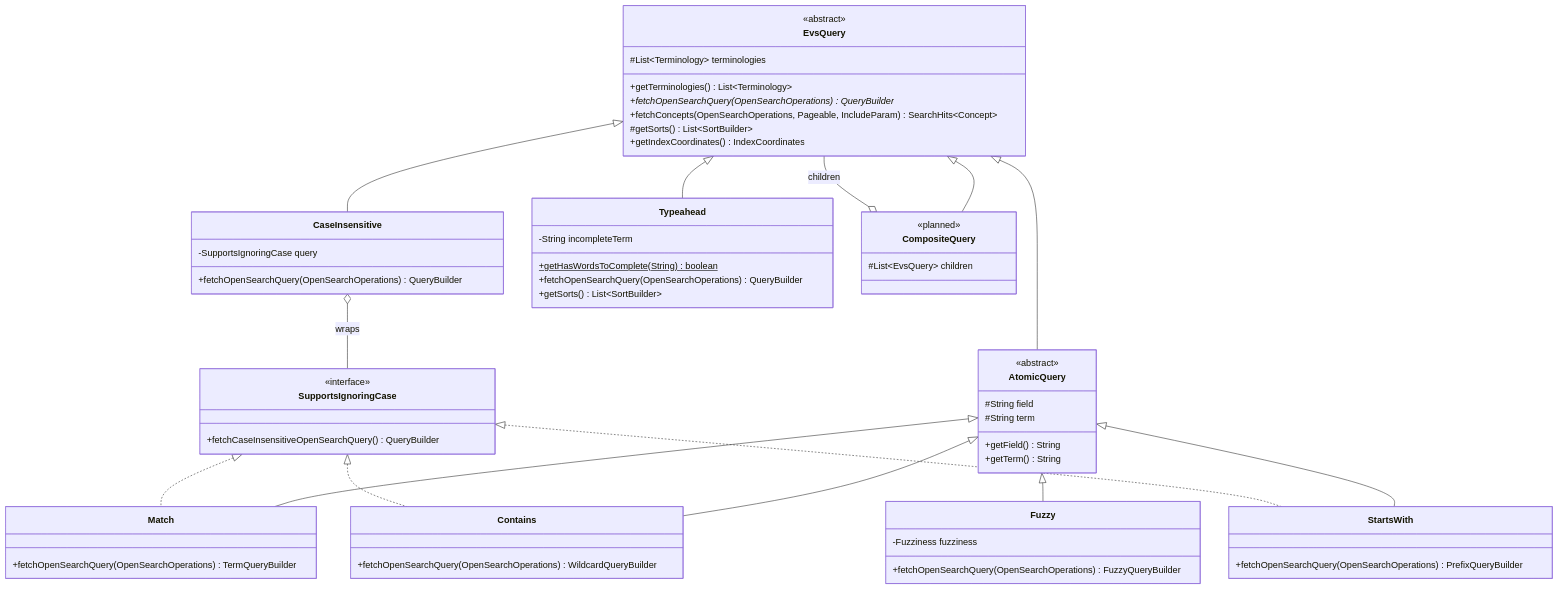
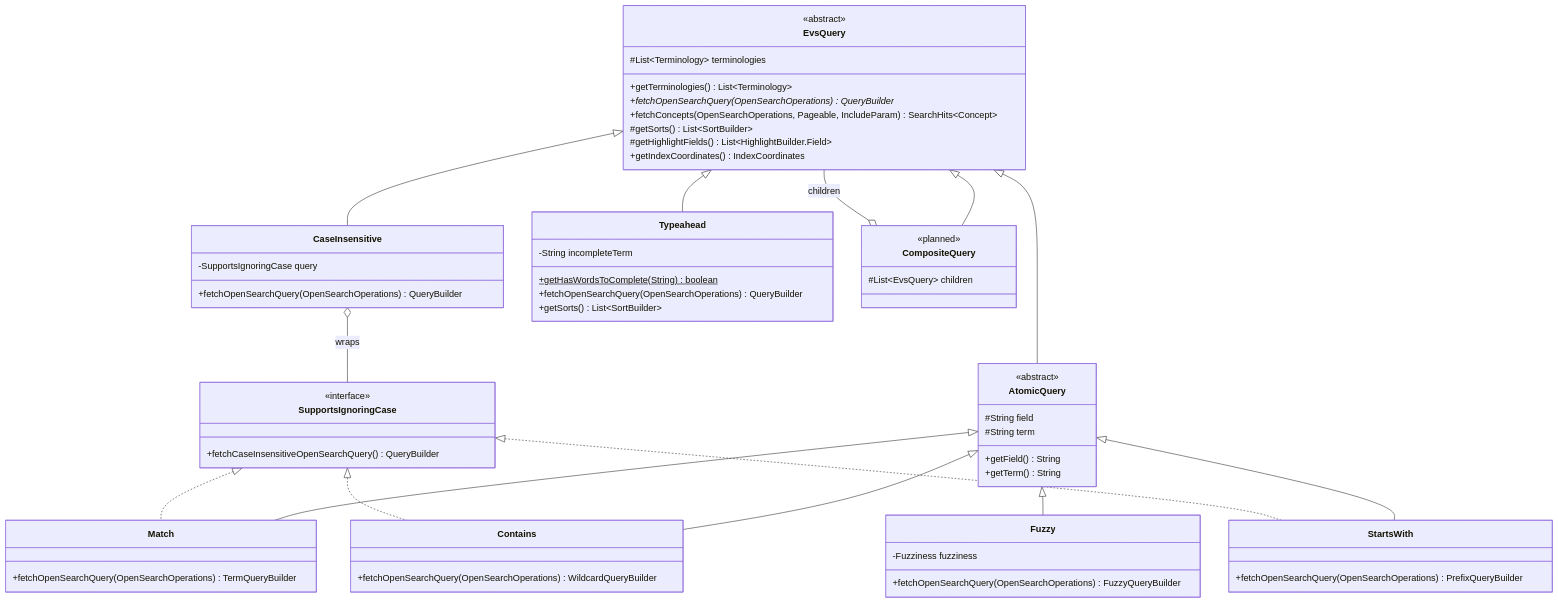
Before and after one commit to WestCoastInformatics/evsrestapi: the diagram in src/main/java/gov/nih/nci/evs/api/query/README.md, drawn with Mermaid. The commit also changed other lines of this file and 4 other files, not shown here.

````diff
--- a/src/main/java/gov/nih/nci/evs/api/query/README.md
+++ b/src/main/java/gov/nih/nci/evs/api/query/README.md
@@ -20,72 +20,73 @@
 ```mermaid
 classDiagram
     direction TB
 
     class EvsQuery {
         <<abstract>>
         #List~Terminology~ terminologies
         +getTerminologies() List~Terminology~
         +fetchOpenSearchQuery(OpenSearchOperations)* QueryBuilder
         +fetchConcepts(OpenSearchOperations, Pageable, IncludeParam) SearchHits~Concept~
         #getSorts() List~SortBuilder~
+        #getHighlightFields() List~HighlightBuilder.Field~
         +getIndexCoordinates() IndexCoordinates
     }
 
     class AtomicQuery {
         <<abstract>>
         #String field
         #String term
         +getField() String
         +getTerm() String
     }
 
     class SupportsIgnoringCase {
         <<interface>>
         +fetchCaseInsensitiveOpenSearchQuery() QueryBuilder
     }
 
     class CaseInsensitive {
         -SupportsIgnoringCase query
         +fetchOpenSearchQuery(OpenSearchOperations) QueryBuilder
     }
 
     class Match {
         +fetchOpenSearchQuery(OpenSearchOperations) TermQueryBuilder
     }
     class Contains {
         +fetchOpenSearchQuery(OpenSearchOperations) WildcardQueryBuilder
     }
     class StartsWith {
         +fetchOpenSearchQuery(OpenSearchOperations) PrefixQueryBuilder
     }
     class Fuzzy {
         -Fuzziness fuzziness
         +fetchOpenSearchQuery(OpenSearchOperations) FuzzyQueryBuilder
     }
 
     class Typeahead {
         -String incompleteTerm
         +getHasWordsToComplete(String)$ boolean
         +fetchOpenSearchQuery(OpenSearchOperations) QueryBuilder
         +getSorts() List~SortBuilder~
     }
 
     class CompositeQuery {
         <<planned>>
         #List~EvsQuery~ children
     }
 
     EvsQuery <|-- AtomicQuery
     EvsQuery <|-- CompositeQuery
     EvsQuery <|-- CaseInsensitive
     EvsQuery <|-- Typeahead
     AtomicQuery <|-- Match
     AtomicQuery <|-- Contains
     AtomicQuery <|-- StartsWith
     AtomicQuery <|-- Fuzzy
     SupportsIgnoringCase <|.. Match
     SupportsIgnoringCase <|.. Contains
     SupportsIgnoringCase <|.. StartsWith
     CompositeQuery o-- EvsQuery : children
     CaseInsensitive o-- SupportsIgnoringCase : wraps
 ```
````
